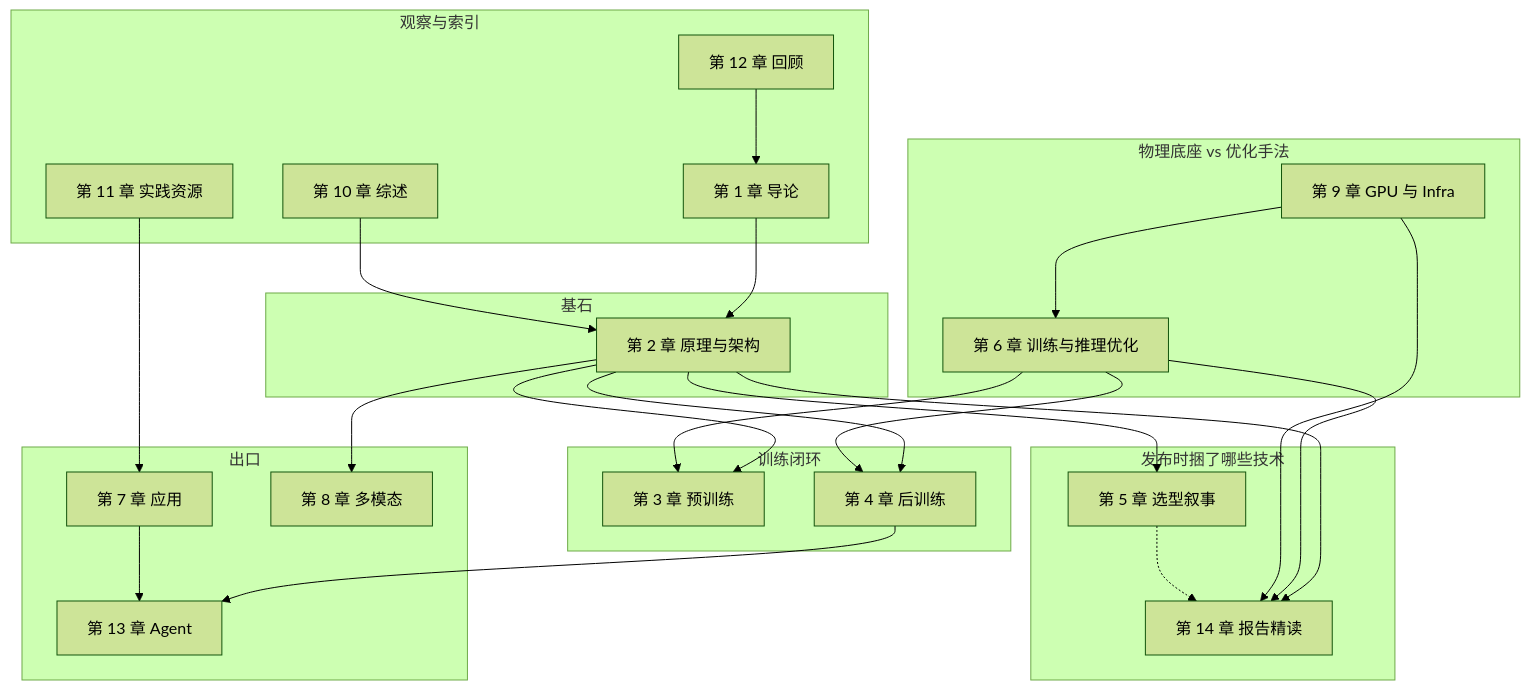
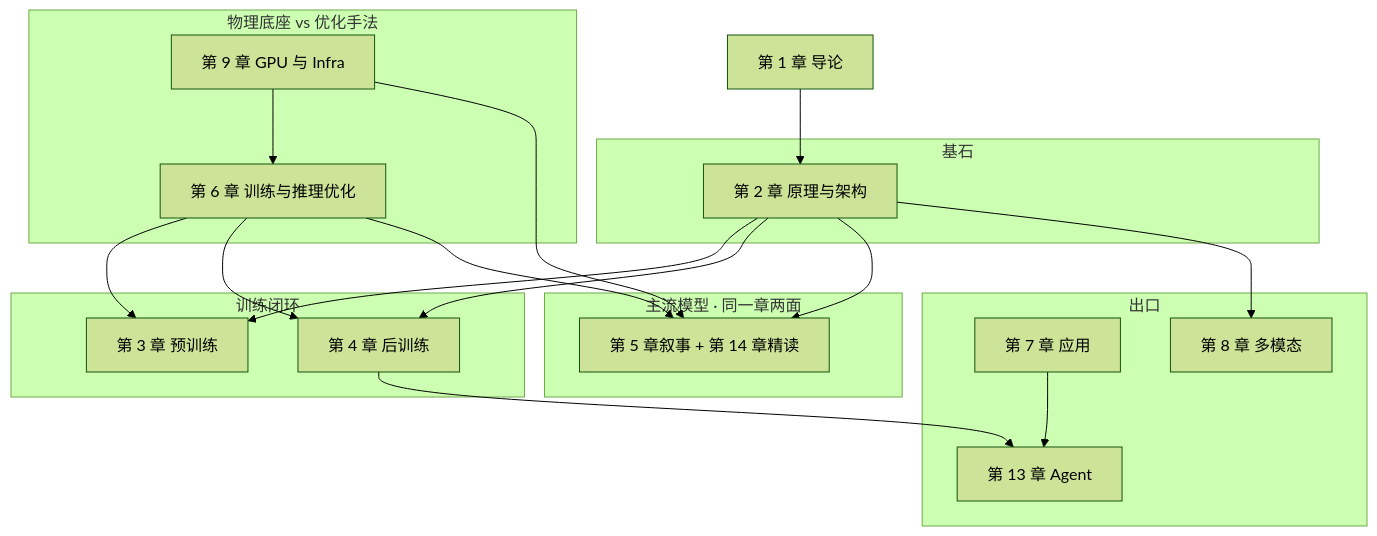
One commit to SingularGuyLeBorn/OasisMind changed the diagram in content/llm-guide/1-导论与基础/1.1-学习路线与知识图谱/知识图谱-2026-08.md. Above: the diagram before and after it, drawn with Mermaid (forest theme). The commit also changed other lines of this file and 20 other files, not shown here.

First line of the commit message:
content(llm-guide): 过文第1章与2.1开头并收成2.1.1激活地图

````diff
--- a/content/llm-guide/1-导论与基础/1.1-学习路线与知识图谱/知识图谱-2026-08.md
+++ b/content/llm-guide/1-导论与基础/1.1-学习路线与知识图谱/知识图谱-2026-08.md
@@ -18,47 +29,36 @@
 ```mermaid
 flowchart TB
   subgraph foundation [基石]
     C2["第 2 章 原理与架构"]
   end
   subgraph trainloop [训练闭环]
     C3["第 3 章 预训练"]
     C4["第 4 章 后训练"]
   end
   subgraph physopt [物理底座 vs 优化手法]
     C9["第 9 章 GPU 与 Infra"]
     C6["第 6 章 训练与推理优化"]
   end
-  subgraph bundle [发布时捆了哪些技术]
-    C5["第 5 章 选型叙事"]
-    C14["第 14 章 报告精读"]
+  subgraph models [主流模型 · 同一章两面]
+    C5_14["第 5 章叙事 + 第 14 章精读"]
   end
   subgraph exits [出口]
     C7["第 7 章 应用"]
     C8["第 8 章 多模态"]
     C13["第 13 章 Agent"]
   end
-  subgraph maps [观察与索引]
-    C1["第 1 章 导论"]
-    C10["第 10 章 综述"]
-    C11["第 11 章 实践资源"]
-    C12["第 12 章 回顾"]
-  end
+  C1["第 1 章 导论"]
 
   C1 --> C2
   C2 --> C3
   C2 --> C4
   C9 --> C6
   C6 --> C3
   C6 --> C4
-  C2 --> C5
-  C2 --> C14
-  C6 --> C14
-  C9 --> C14
+  C2 --> C5_14
+  C6 --> C5_14
+  C9 --> C5_14
   C4 --> C13
   C2 --> C8
   C7 --> C13
-  C10 --> C2
-  C11 --> C7
-  C12 --> C1
-  C5 -.-> C14
 ```
````
